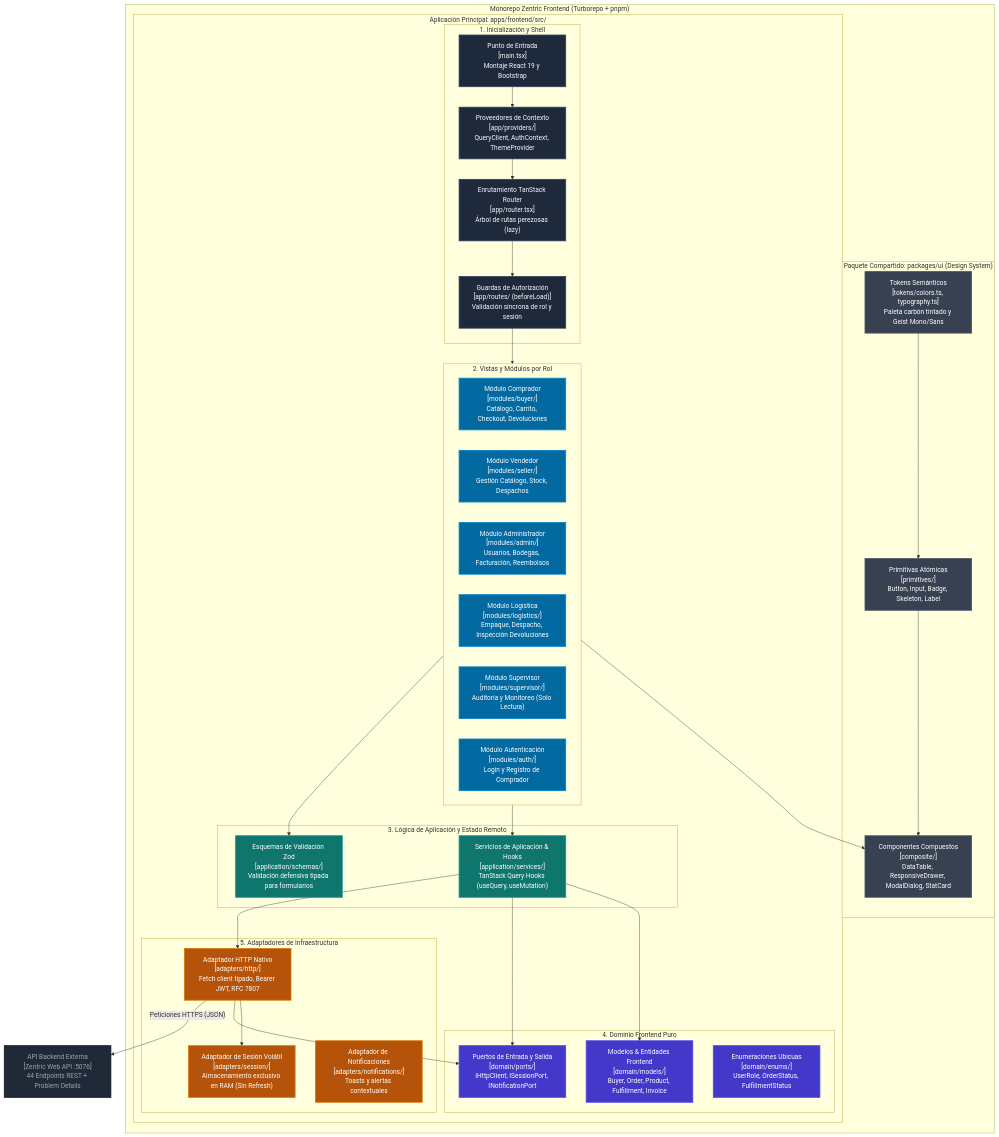
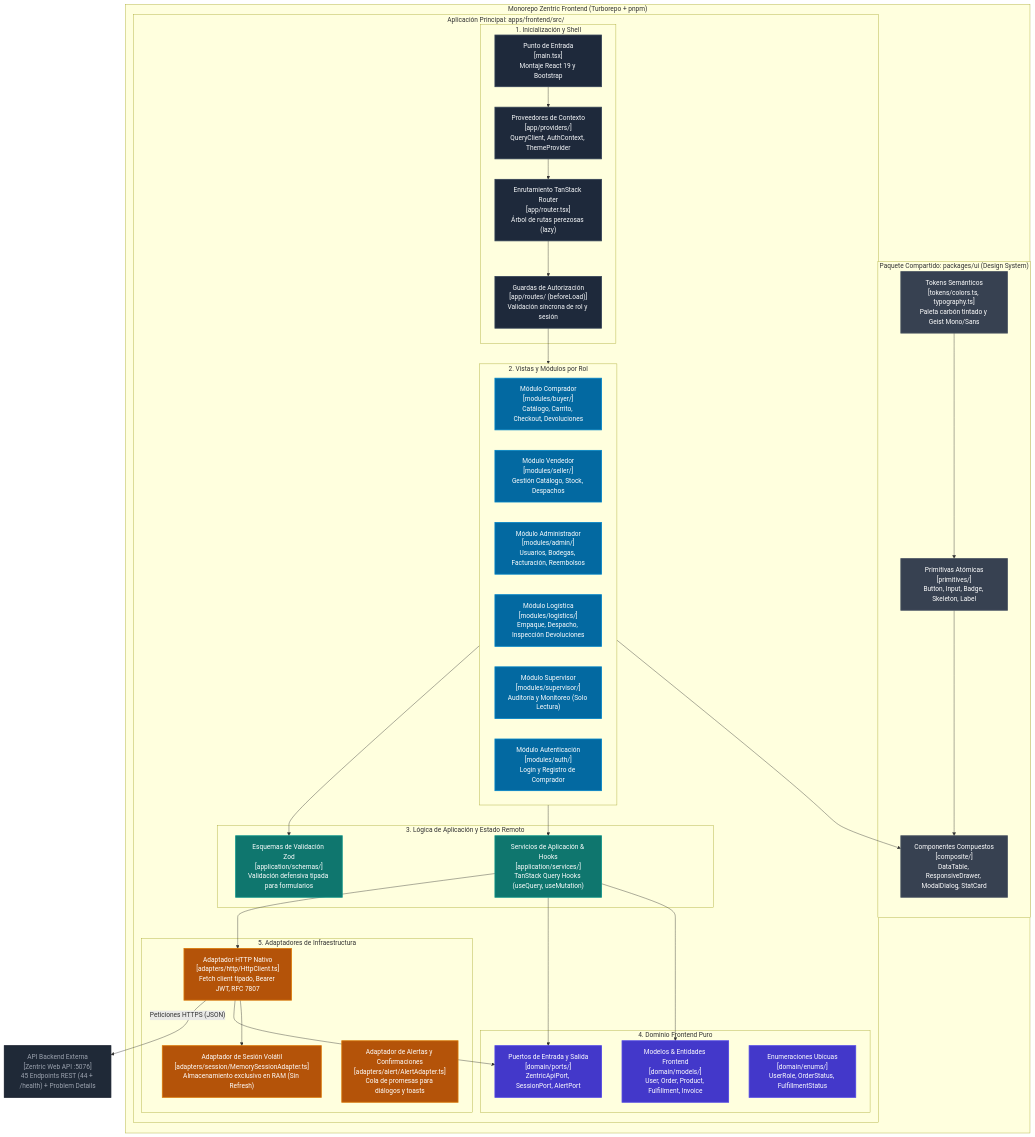
The first of 4 diagrams in frontendSDD/C4-3-Componentes.md (D-MachadoDev/Zentric), drawn with Mermaid before and after one commit. The commit also changed other lines of this file and 12 other files, not shown here.

Commit message:
docs(sdd): armoniza el 100% de frontendSDD y agentes con decisiones /grill-me A1-A4 (45 endpoints, hooks en ingles, rutas por rol, cero acronimos)

```diff
--- a/frontendSDD/C4-3-Componentes.md
+++ b/frontendSDD/C4-3-Componentes.md
@@ -55,21 +55,21 @@
       end
 
       subgraph domainLayer["4. Dominio Frontend Puro"]
-        domainModels["Modelos & Entidades Frontend<br/>[domain/models/]<br/>Buyer, Order, Product, Fulfillment, Invoice"]
-        domainPorts["Puertos de Entrada y Salida<br/>[domain/ports/]<br/>IHttpClient, ISessionPort, INotificationPort"]
+        domainModels["Modelos & Entidades Frontend<br/>[domain/models/]<br/>User, Order, Product, Fulfillment, Invoice"]
+        domainPorts["Puertos de Entrada y Salida<br/>[domain/ports/]<br/>ZentricApiPort, SessionPort, AlertPort"]
         domainEnums["Enumeraciones Ubicuas<br/>[domain/enums/]<br/>UserRole, OrderStatus, FulfillmentStatus"]
       end
 
       subgraph adaptersLayer["5. Adaptadores de Infraestructura"]
-        httpAdapter["Adaptador HTTP Nativo<br/>[adapters/http/]<br/>Fetch client tipado, Bearer JWT, RFC 7807"]
-        sessionAdapter["Adaptador de Sesión Volátil<br/>[adapters/session/]<br/>Almacenamiento exclusivo en RAM (Sin Refresh)"]
-        notificationAdapter["Adaptador de Notificaciones<br/>[adapters/notifications/]<br/>Toasts y alertas contextuales"]
+        httpAdapter["Adaptador HTTP Nativo<br/>[adapters/http/HttpClient.ts]<br/>Fetch client tipado, Bearer JWT, RFC 7807"]
+        sessionAdapter["Adaptador de Sesión Volátil<br/>[adapters/session/MemorySessionAdapter.ts]<br/>Almacenamiento exclusivo en RAM (Sin Refresh)"]
+        notificationAdapter["Adaptador de Alertas y Confirmaciones<br/>[adapters/alert/AlertAdapter.ts]<br/>Cola de promesas para diálogos y toasts"]
       end
 
     end
   end
 
-  apiBackend["API Backend Externa<br/>[Zentric Web API :5076]<br/>44 Endpoints REST + Problem Details"]
+  apiBackend["API Backend Externa<br/>[Zentric Web API :5076]<br/>45 Endpoints REST (44 + /health) + Problem Details"]
 
   %% Conexiones entre capas
   guards --> modulesLayer
```
